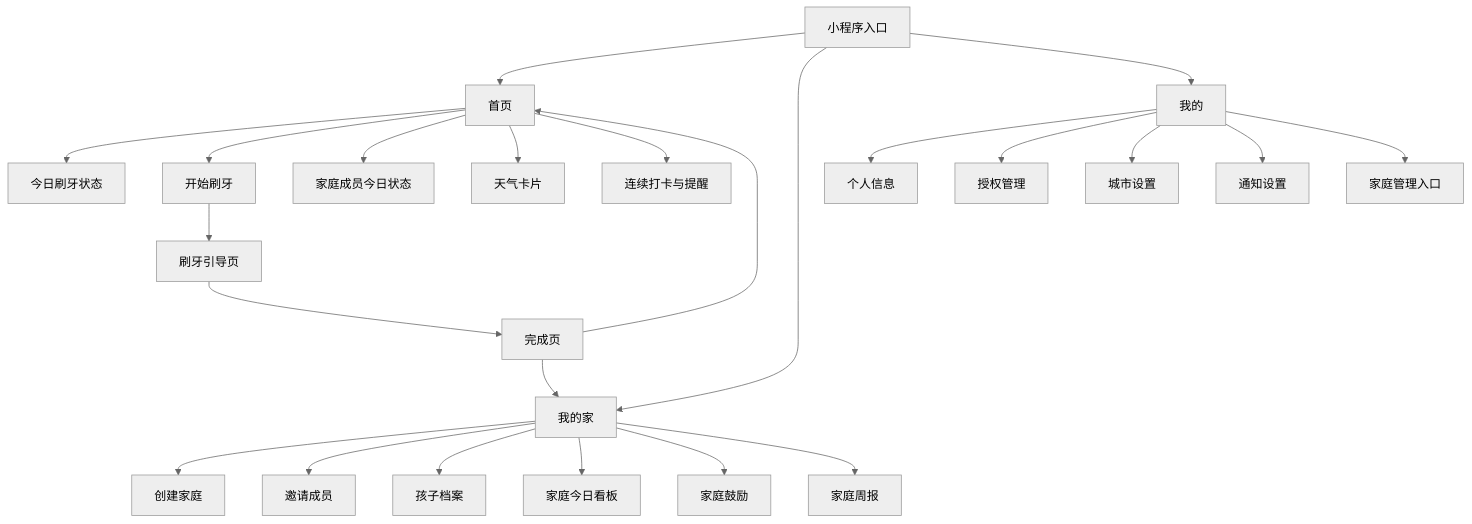
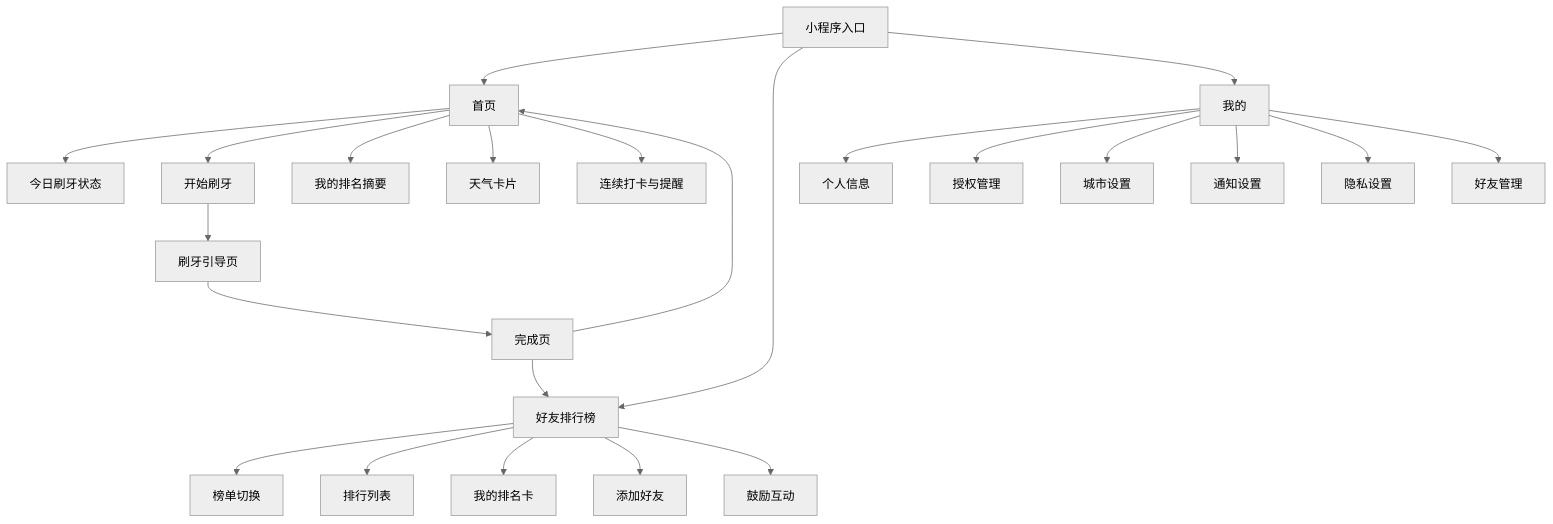
Before and after one commit to caterpi11ar/dentic: the first of 3 diagrams in docs/prd/wechat-miniapp-kids-brushing-prd.md, drawn with Mermaid (neutral theme). The commit also changed other lines of this file and 1 other file, not shown here.

````diff
--- a/docs/prd/wechat-miniapp-kids-brushing-prd.md
+++ b/docs/prd/wechat-miniapp-kids-brushing-prd.md
@@ -358,30 +329,30 @@
 ```mermaid
 flowchart TD
   A[小程序入口] --> B[首页]
-  A --> C[我的家]
+  A --> C[好友排行榜]
   A --> D[我的]
 
   B --> B1[今日刷牙状态]
   B --> B2[开始刷牙]
-  B --> B3[家庭成员今日状态]
+  B --> B3[我的排名摘要]
   B --> B4[天气卡片]
   B --> B5[连续打卡与提醒]
 
   B2 --> E[刷牙引导页]
   E --> F[完成页]
   F --> B
   F --> C
 
-  C --> C1[创建家庭]
-  C --> C2[邀请成员]
-  C --> C3[孩子档案]
-  C --> C4[家庭今日看板]
-  C --> C5[家庭鼓励]
-  C --> C6[家庭周报]
+  C --> C1[榜单切换]
+  C --> C2[排行列表]
+  C --> C3[我的排名卡]
+  C --> C4[添加好友]
+  C --> C5[鼓励互动]
 
   D --> D1[个人信息]
   D --> D2[授权管理]
   D --> D3[城市设置]
   D --> D4[通知设置]
-  D --> D5[家庭管理入口]
+  D --> D5[隐私设置]
+  D --> D6[好友管理]
 ```
````
